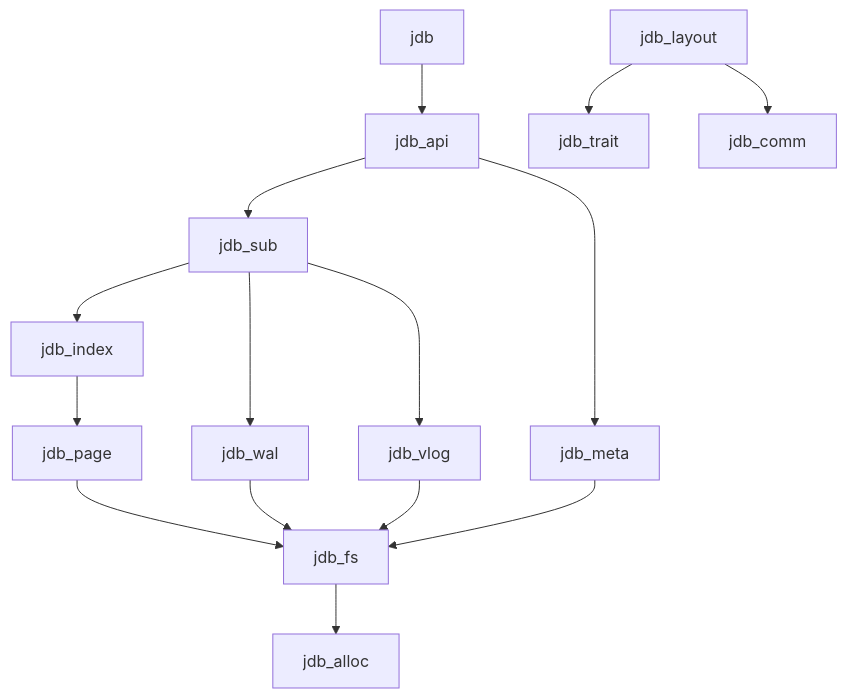
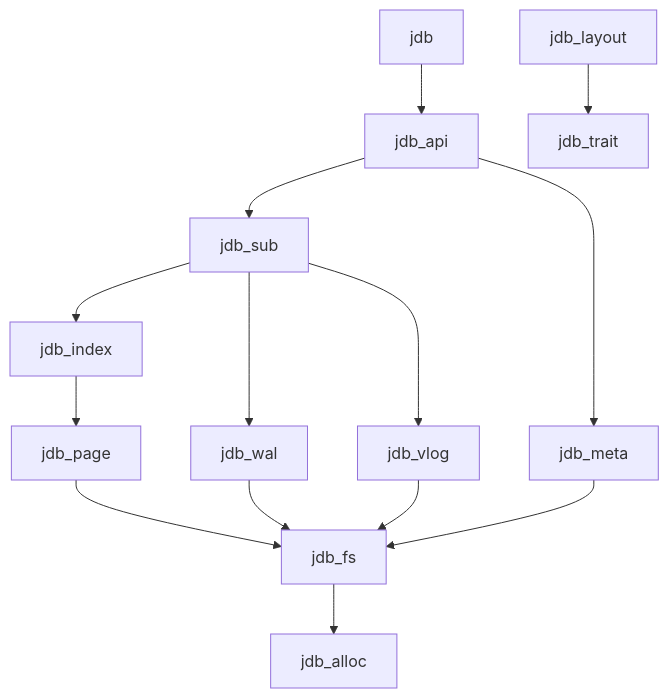
One commit to js0-site/jdb changed the second of 2 diagrams in doc/design.md. Above: the diagram before and after it, drawn with Mermaid. The commit also changed other lines of this file and 50 other files, not shown here.

First line of the commit message:
refactor(module): Remove jdb_comm module and update dependencies / 移除 jdb_comm 模块并更新依赖关系

````diff
--- a/doc/design.md
+++ b/doc/design.md
@@ -122,17 +121,16 @@
 ```mermaid
 graph TB
     jdb --> jdb_api
     jdb_api --> jdb_sub
     jdb_api --> jdb_meta
     jdb_sub --> jdb_index
     jdb_sub --> jdb_wal
     jdb_sub --> jdb_vlog
     jdb_index --> jdb_page
     jdb_page --> jdb_fs
     jdb_wal --> jdb_fs
     jdb_vlog --> jdb_fs
     jdb_fs --> jdb_alloc
     jdb_meta --> jdb_fs
     jdb_layout --> jdb_trait
-    jdb_layout --> jdb_comm
 ```
````
